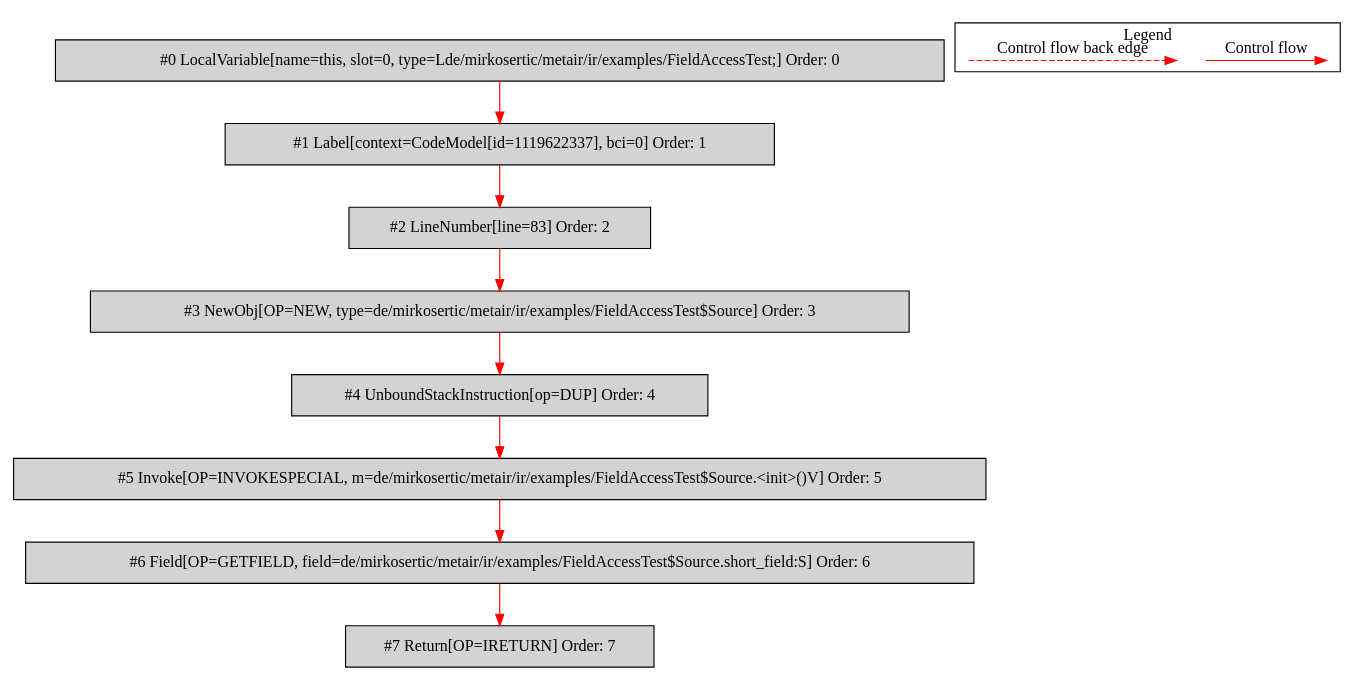
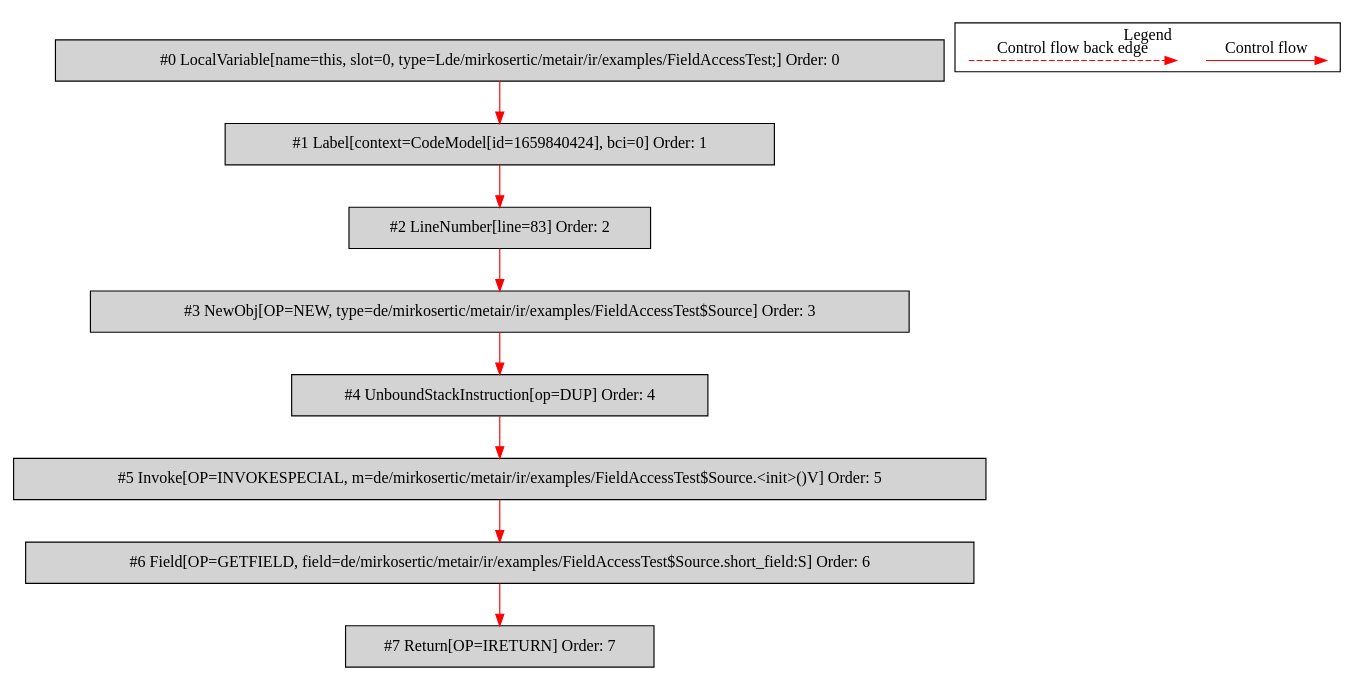
One commit to mirkosertic/MetaIR changed the diagram in de.mirkosertic.metair.ir.examples.FieldAccessTest/return_short/bytecodecfg.dot. Above: the diagram before and after it, drawn with Graphviz. The commit also changed 868 other files, not shown here.

```diff
--- a/de.mirkosertic.metair.ir.examples.FieldAccessTest/return_short/bytecodecfg.dot
+++ b/de.mirkosertic.metair.ir.examples.FieldAccessTest/return_short/bytecodecfg.dot
@@ -1,32 +1,32 @@
 digraph {
  ordering="in";
  node0[label="#0 LocalVariable[name=this, slot=0, type=Lde/mirkosertic/metair/ir/examples/FieldAccessTest;] Order: 0", shape=box, fillcolor=lightgrey, style=filled];
- node1[label="#1 Label[context=CodeModel[id=1119622337], bci=0] Order: 1", shape=box, fillcolor=lightgrey, style=filled];
+ node1[label="#1 Label[context=CodeModel[id=1659840424], bci=0] Order: 1", shape=box, fillcolor=lightgrey, style=filled];
  node2[label="#2 LineNumber[line=83] Order: 2", shape=box, fillcolor=lightgrey, style=filled];
  node3[label="#3 NewObj[OP=NEW, type=de/mirkosertic/metair/ir/examples/FieldAccessTest$Source] Order: 3", shape=box, fillcolor=lightgrey, style=filled];
  node4[label="#4 UnboundStackInstruction[op=DUP] Order: 4", shape=box, fillcolor=lightgrey, style=filled];
  node5[label="#5 Invoke[OP=INVOKESPECIAL, m=de/mirkosertic/metair/ir/examples/FieldAccessTest$Source.<init>()V] Order: 5", shape=box, fillcolor=lightgrey, style=filled];
  node6[label="#6 Field[OP=GETFIELD, field=de/mirkosertic/metair/ir/examples/FieldAccessTest$Source.short_field:S] Order: 6", shape=box, fillcolor=lightgrey, style=filled];
  node7[label="#7 Return[OP=IRETURN] Order: 7", shape=box, fillcolor=lightgrey, style=filled];
  node0 -> node1[color=red];
  node1 -> node2[color=red];
  node2 -> node3[color=red];
  node3 -> node4[color=red];
  node4 -> node5[color=red];
  node5 -> node6[color=red];
  node6 -> node7[color=red];
  subgraph cluster_000 {
   label = "Legend";
   node [shape=point]
   {
    rank=same;
    c0 [style = invis];
    c1 [style = invis];
    c2 [style = invis];
    c3 [style = invis];
   }
   c0 -> c1 [label="Control flow", style=solid, color=red]
   c2 -> c3 [label="Control flow back edge", style=dashed, color=red]
  }
 
 }
```
